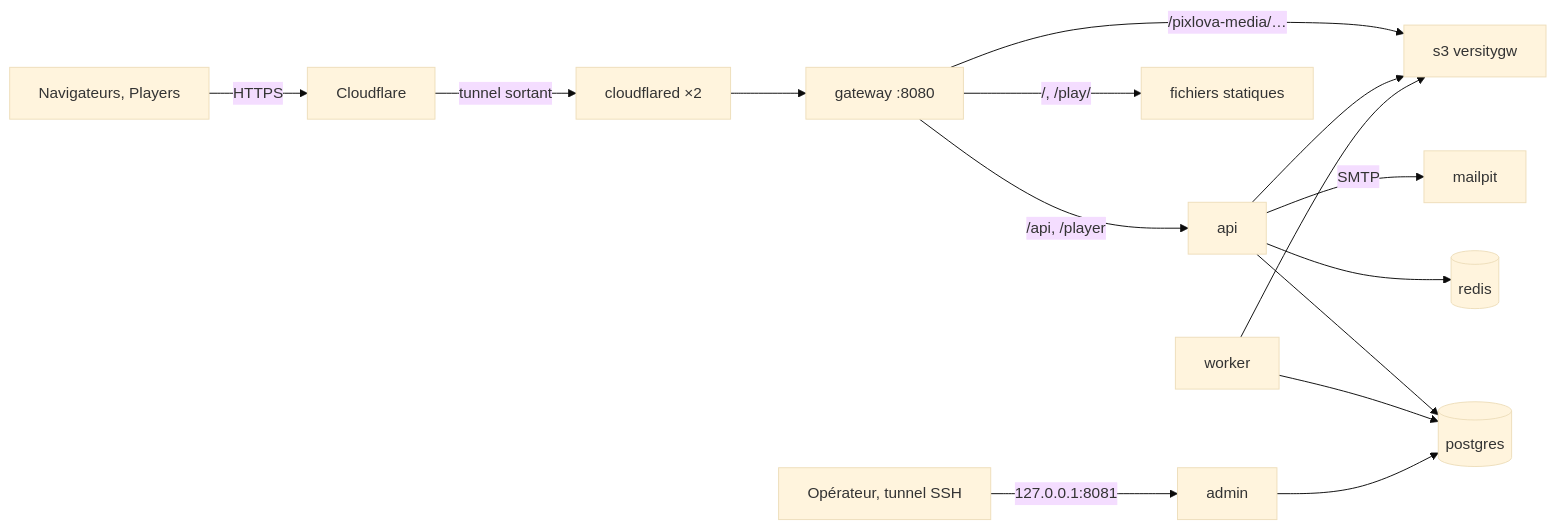
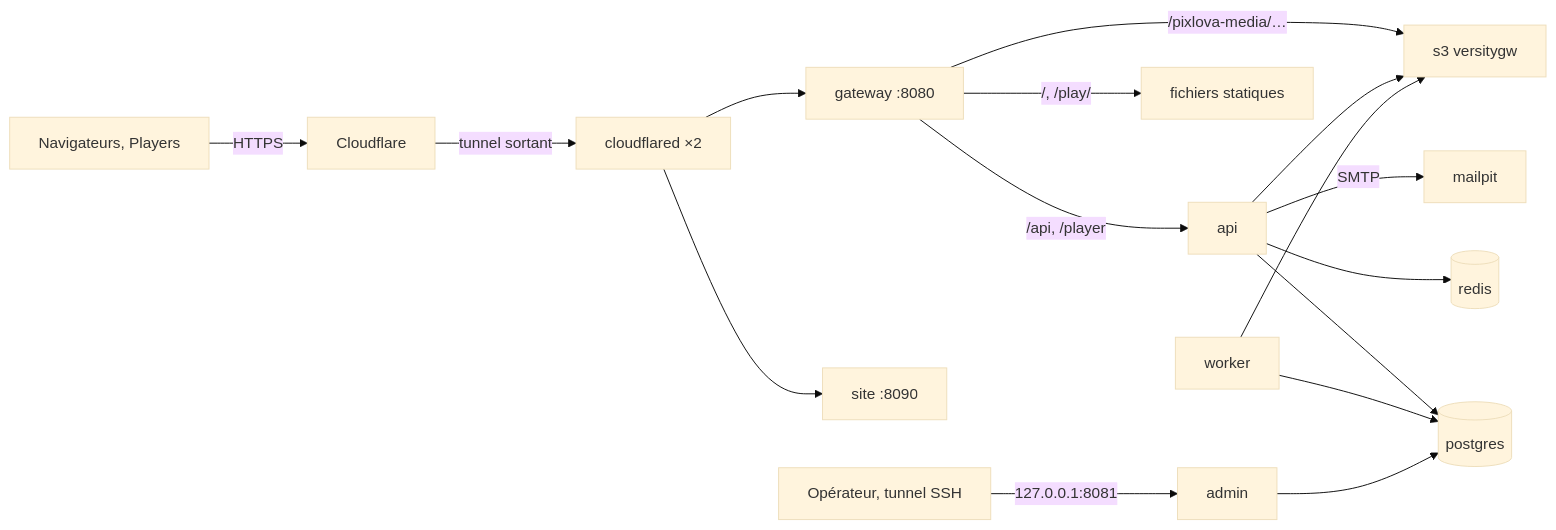
The diagram in docs/operations/RECETTE.md (clempasquiet/pixlovadev), drawn with Mermaid (base theme) before and after one commit. The commit also changed other lines of this file and 32 other files, not shown here.

````diff
--- a/docs/operations/RECETTE.md
+++ b/docs/operations/RECETTE.md
@@ -7,17 +7,18 @@
 ```mermaid
 flowchart LR
   U[Navigateurs, Players] -->|HTTPS| CF[Cloudflare]
   CF -->|tunnel sortant| T[cloudflared ×2]
   T --> G[gateway :8080]
   G -->|/api, /player| A[api]
   G -->|/pixlova-media/…| S[s3 versitygw]
   G -->|/, /play/| St[fichiers statiques]
   A --> P[(postgres)]
   A --> R[(redis)]
   A --> S
   A -->|SMTP| M[mailpit]
   W[worker] --> P
   W --> S
+  T --> SI[site :8090]
   O[Opérateur, tunnel SSH] -->|127.0.0.1:8081| AD[admin]
   AD --> P
 ```
````
